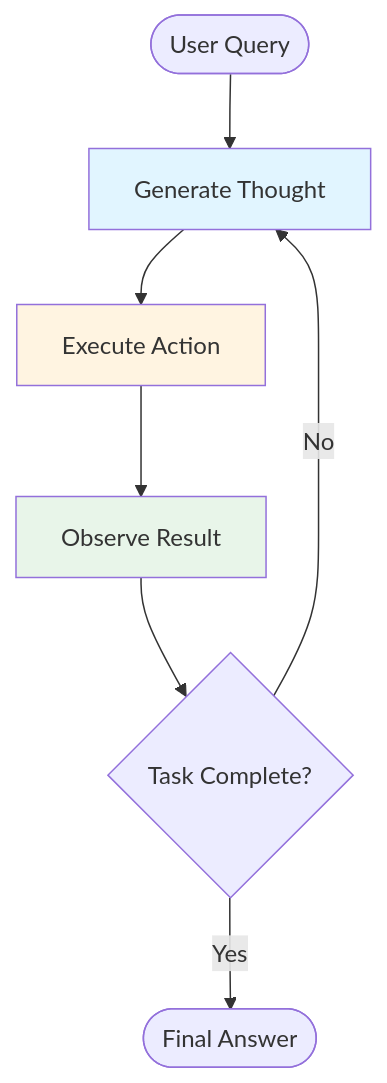
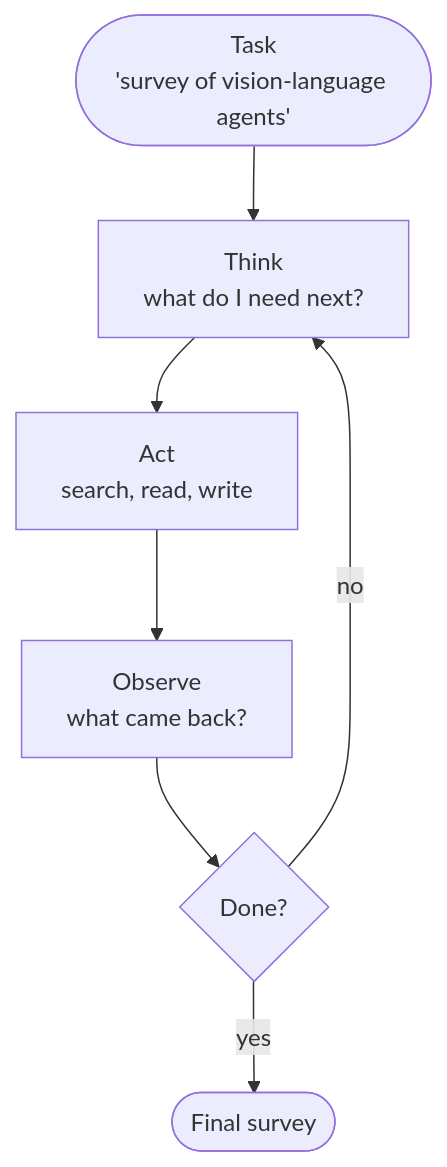
The first of 5 diagrams in src/data/blog/agentic-ai/agentic-ai-design-patterns-part-1.md (gopikrishtummala/gopikrishtummala.github.io), drawn with Mermaid before and after one commit. The commit also changed other lines of this file and 8 other files, not shown here.

````diff
--- a/src/data/blog/agentic-ai/agentic-ai-design-patterns-part-1.md
+++ b/src/data/blog/agentic-ai/agentic-ai-design-patterns-part-1.md
@@ -187,13 +37,9 @@
 ```mermaid
 flowchart TD
-    Start([User Query]) --> Thought[Generate Thought]
-    Thought --> Action[Execute Action]
-    Action --> Observation[Observe Result]
-    Observation --> Check{Task Complete?}
-    Check -->|No| Thought
-    Check -->|Yes| End([Final Answer])
-    
-    style Thought fill:#e1f5ff
-    style Action fill:#fff4e1
-    style Observation fill:#e8f5e9
+  Start(["Task<br/>'survey of vision-language agents'"]) --> Thought["Think<br/>what do I need next?"]
+  Thought --> Action["Act<br/>search, read, write"]
+  Action --> Observation["Observe<br/>what came back?"]
+  Observation --> Check{"Done?"}
+  Check -->|"no"| Thought
+  Check -->|"yes"| End(["Final survey"])
 ```
````
